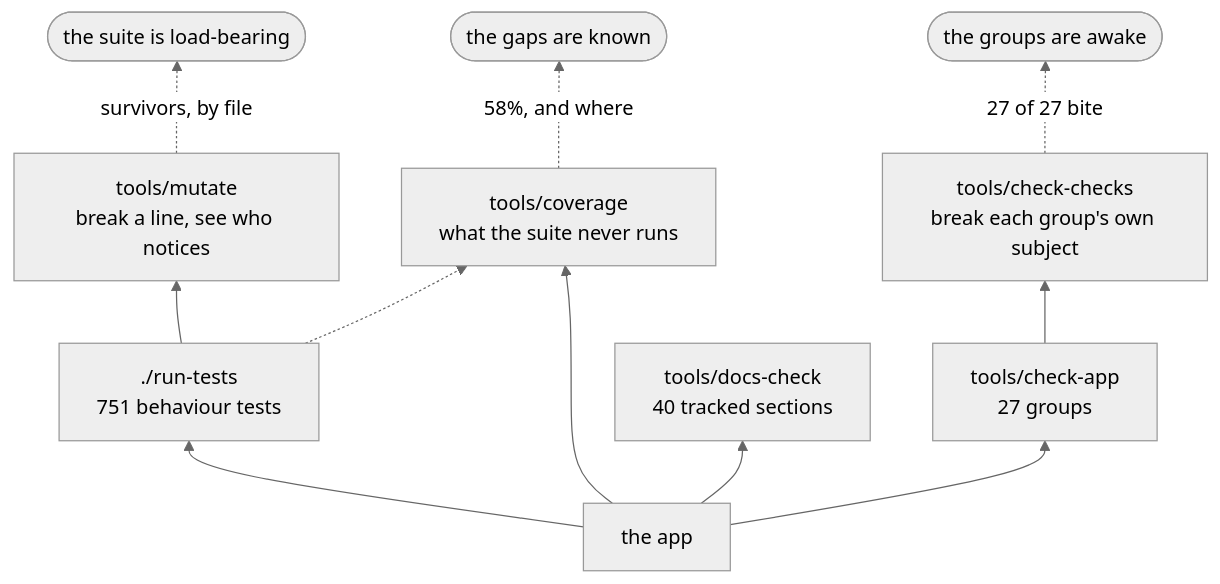
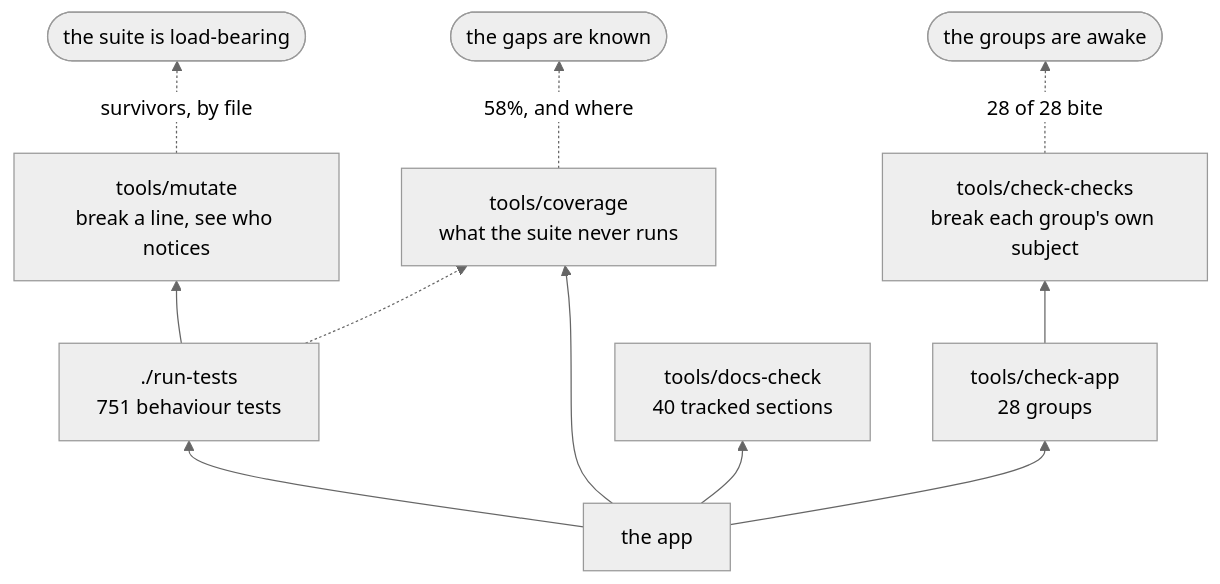
The second of 2 diagrams in docs/DEVELOPING.md (minormending/crystal-pilot-mobile), drawn with Mermaid (neutral theme) before and after one commit. The commit also changed other lines of this file and 4 other files, not shown here.

````diff
--- a/docs/DEVELOPING.md
+++ b/docs/DEVELOPING.md
@@ -127,13 +127,13 @@
 ```mermaid
 flowchart BT
     C["the app"] --> T["./run-tests<br/>751 behaviour tests"]
-    C --> A["tools/check-app<br/>27 groups"]
+    C --> A["tools/check-app<br/>28 groups"]
     C --> D["tools/docs-check<br/>40 tracked sections"]
     C --> V["tools/coverage<br/>what the suite never runs"]
     T --> M["tools/mutate<br/>break a line, see who notices"]
     A --> K["tools/check-checks<br/>break each group's own subject"]
     T -.-> V
     M -.->|"survivors, by file"| R(["the suite is load-bearing"])
-    K -.->|"27 of 27 bite"| R2(["the groups are awake"])
+    K -.->|"28 of 28 bite"| R2(["the groups are awake"])
     V -.->|"58%, and where"| R3(["the gaps are known"])
 ```
````
